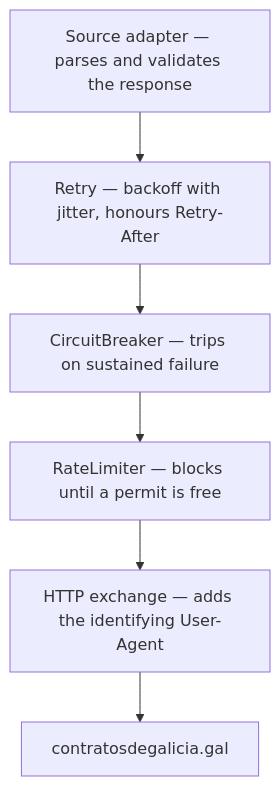
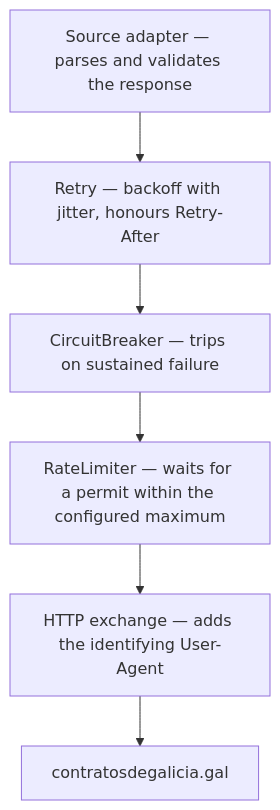
The diagram in docs/architecture/0014-resilient-throttled-outbound-http-client.md (earelin/conxugal), drawn with Mermaid before and after one commit. The commit also changed other lines of this file, not shown here.

````diff
--- a/docs/architecture/0014-resilient-throttled-outbound-http-client.md
+++ b/docs/architecture/0014-resilient-throttled-outbound-http-client.md
@@ -93,11 +107,11 @@
 ```mermaid
 flowchart TB
     adapter["Source adapter — parses and validates the response"]
     retry["Retry — backoff with jitter, honours Retry-After"]
     breaker["CircuitBreaker — trips on sustained failure"]
-    limiter["RateLimiter — blocks until a permit is free"]
+    limiter["RateLimiter — waits for a permit within the configured maximum"]
     exchange["HTTP exchange — adds the identifying User-Agent"]
     source["contratosdegalicia.gal"]
 
     adapter --> retry --> breaker --> limiter --> exchange --> source
 ```
````
